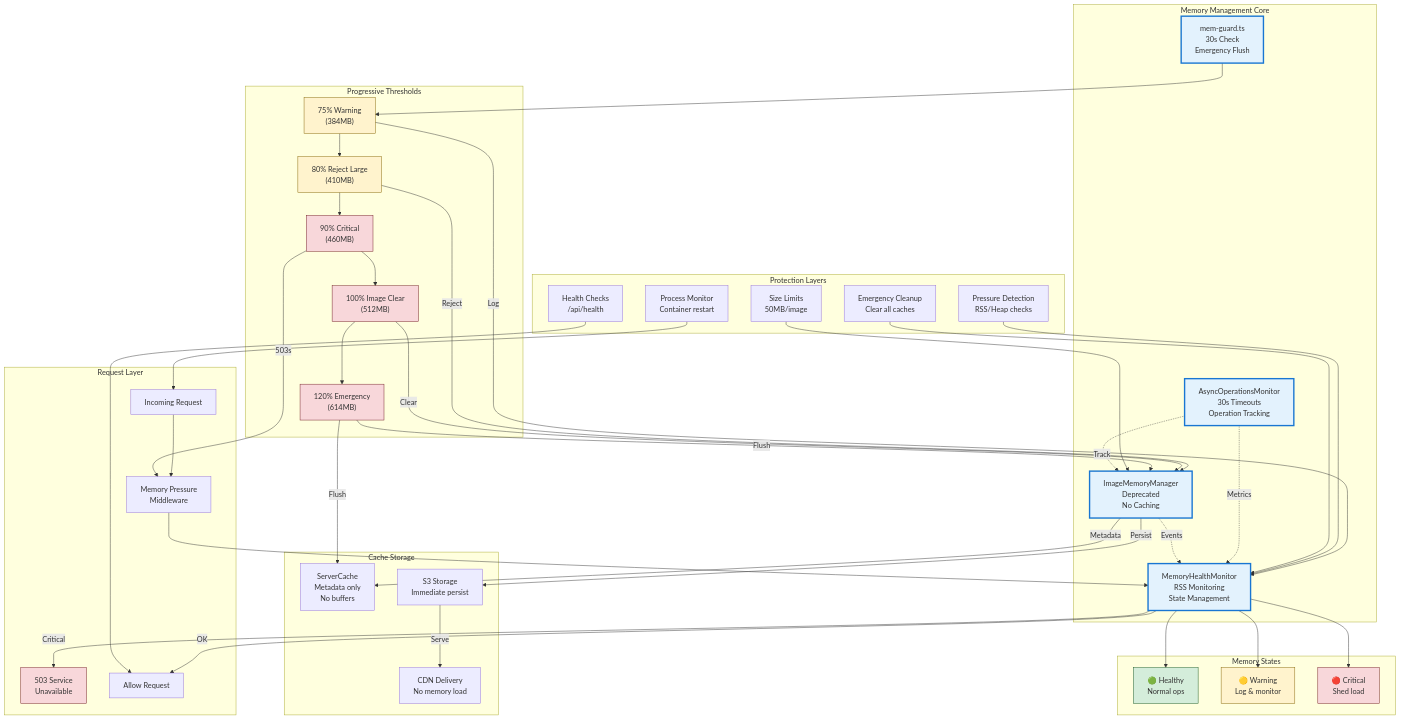
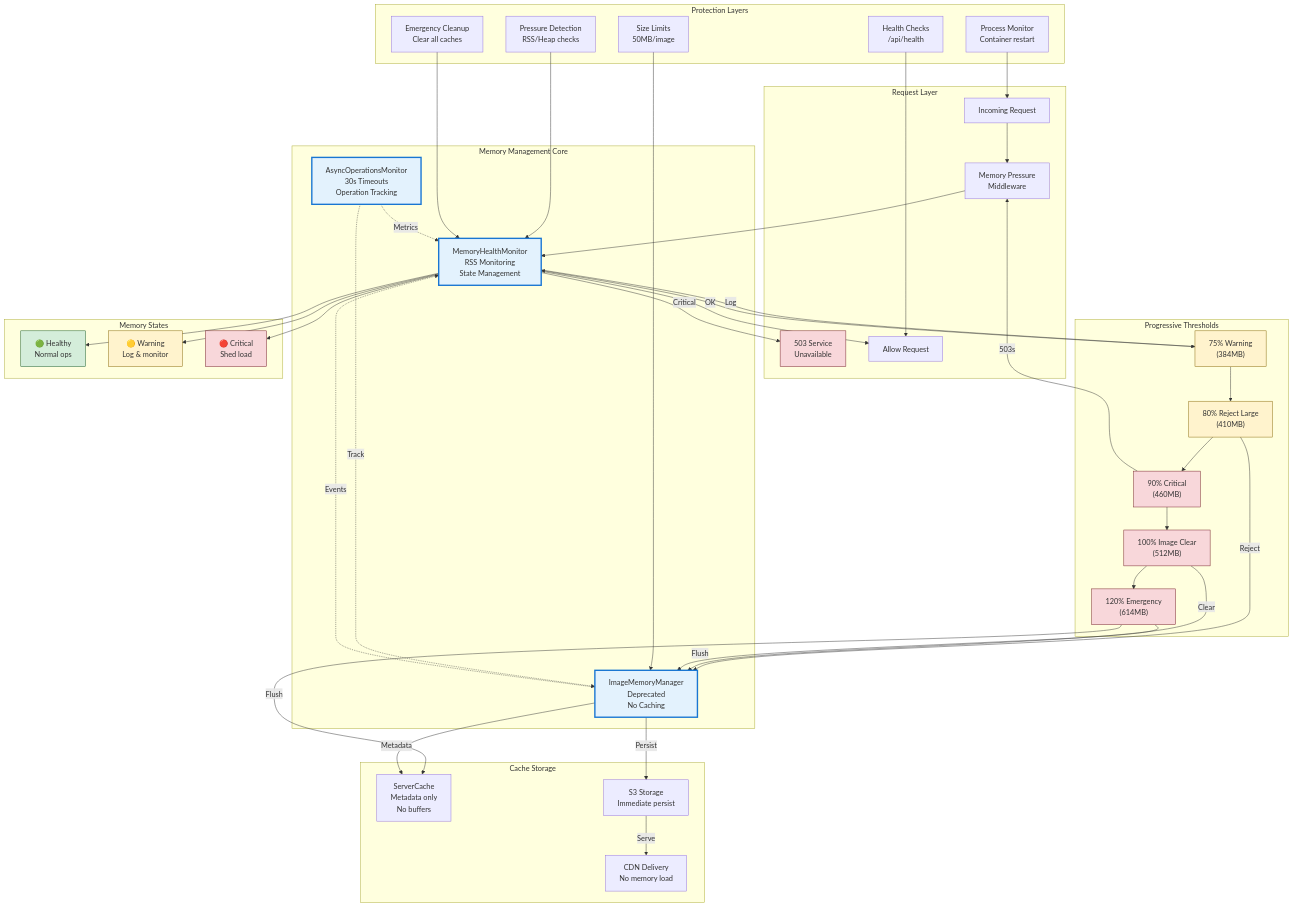
Before and after one commit to WilliamAGH/williamcallahan.com: the diagram in docs/projects/structure/memory-mgmt.mmd, drawn with Mermaid. The commit also changed 8 other files, not shown here.

```diff
--- a/docs/projects/structure/memory-mgmt.mmd
+++ b/docs/projects/structure/memory-mgmt.mmd
@@ -1,95 +1,94 @@
 graph TB
     subgraph "Request Layer"
         REQ[Incoming Request]
         MW["Memory Pressure<br/>Middleware"]
         RESP503["503 Service<br/>Unavailable"]
         ALLOW[Allow Request]
     end
 
     subgraph "Memory Management Core"
         IMM["ImageMemoryManager<br/>Deprecated<br/>No Caching"]
         MHM["MemoryHealthMonitor<br/>RSS Monitoring<br/>State Management"]
-        MG["mem-guard.ts<br/>30s Check<br/>Emergency Flush"]
         AOM["AsyncOperationsMonitor<br/>30s Timeouts<br/>Operation Tracking"]
     end
 
     subgraph "Progressive Thresholds"
         T1["75% Warning<br/>(384MB)"]
         T2["80% Reject Large<br/>(410MB)"]
         T3["90% Critical<br/>(460MB)"]
         T4["100% Image Clear<br/>(512MB)"]
         T5["120% Emergency<br/>(614MB)"]
     end
 
     subgraph "Memory States"
         HEALTHY["🟢 Healthy<br/>Normal ops"]
         WARNING["🟡 Warning<br/>Log & monitor"]
         CRITICAL["🔴 Critical<br/>Shed load"]
     end
 
     subgraph "Cache Storage"
         SC["ServerCache<br/>Metadata only<br/>No buffers"]
         S3["S3 Storage<br/>Immediate persist"]
         CDN["CDN Delivery<br/>No memory load"]
     end
 
     subgraph "Protection Layers"
         L1["Size Limits<br/>50MB/image"]
         L2["Pressure Detection<br/>RSS/Heap checks"]
         L3["Health Checks<br/>/api/health"]
         L4["Emergency Cleanup<br/>Clear all caches"]
         L5["Process Monitor<br/>Container restart"]
     end
 
     %% Request flow
     REQ --> MW
     MW --> MHM
     MHM -->|Critical| RESP503
     MHM -->|OK| ALLOW
 
     %% State transitions
     MHM --> HEALTHY
     MHM --> WARNING
     MHM --> CRITICAL
     
     %% Threshold monitoring
-    MG --> T1
+    MHM --> T1
     T1 --> T2
     T2 --> T3
     T3 --> T4
     T4 --> T5
 
     %% Memory pressure actions
     T1 -->|Log| MHM
     T2 -->|Reject| IMM
     T3 -->|503s| MW
     T4 -->|Clear| IMM
     T5 -->|Flush| SC & IMM
 
     %% Cache flow
     IMM -->|Metadata| SC
     IMM -->|Persist| S3
     S3 -->|Serve| CDN
 
     %% Protection integration
     L1 --> IMM
     L2 --> MHM
     L3 --> ALLOW
     L4 --> MHM
     L5 --> REQ
 
     %% Monitoring
     AOM -.->|Track| IMM
     AOM -.->|Metrics| MHM
     IMM -.->|Events| MHM
 
     %% Styling
     classDef healthy fill:#d4edda,stroke:#155724
     classDef warning fill:#fff3cd,stroke:#856404
     classDef critical fill:#f8d7da,stroke:#721c24
     classDef memory fill:#e3f2fd,stroke:#1976d2,stroke-width:3px
     
     class HEALTHY healthy
     class WARNING,T1,T2 warning
     class CRITICAL,RESP503,T3,T4,T5 critical
-    class IMM,MHM,MG,AOM memory
+    class IMM,MHM,AOM memory
```
